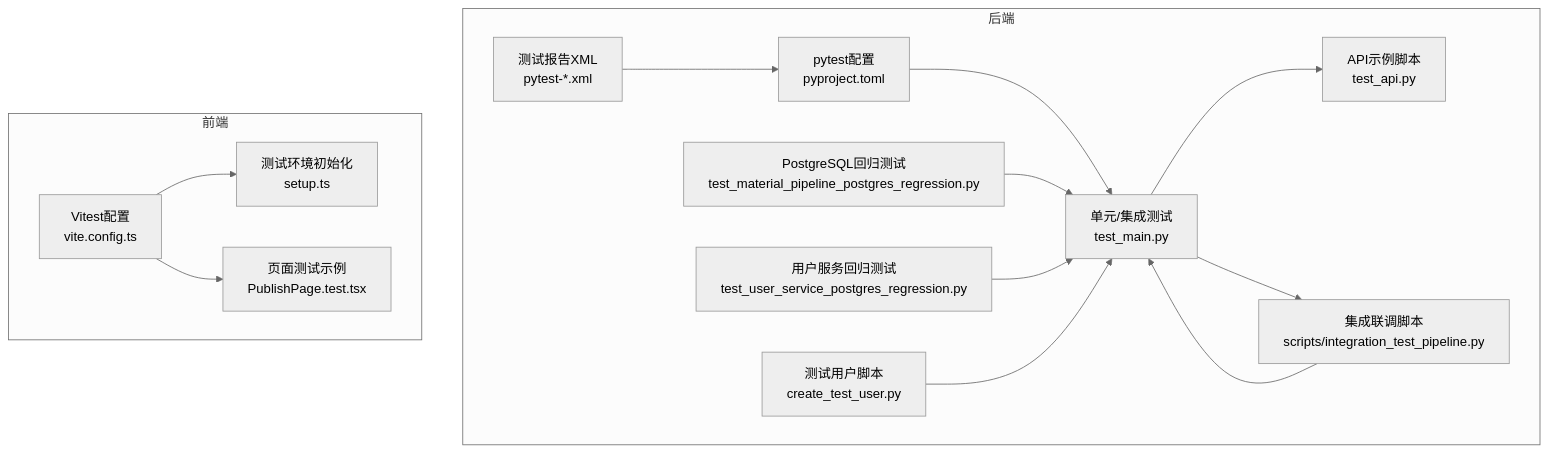
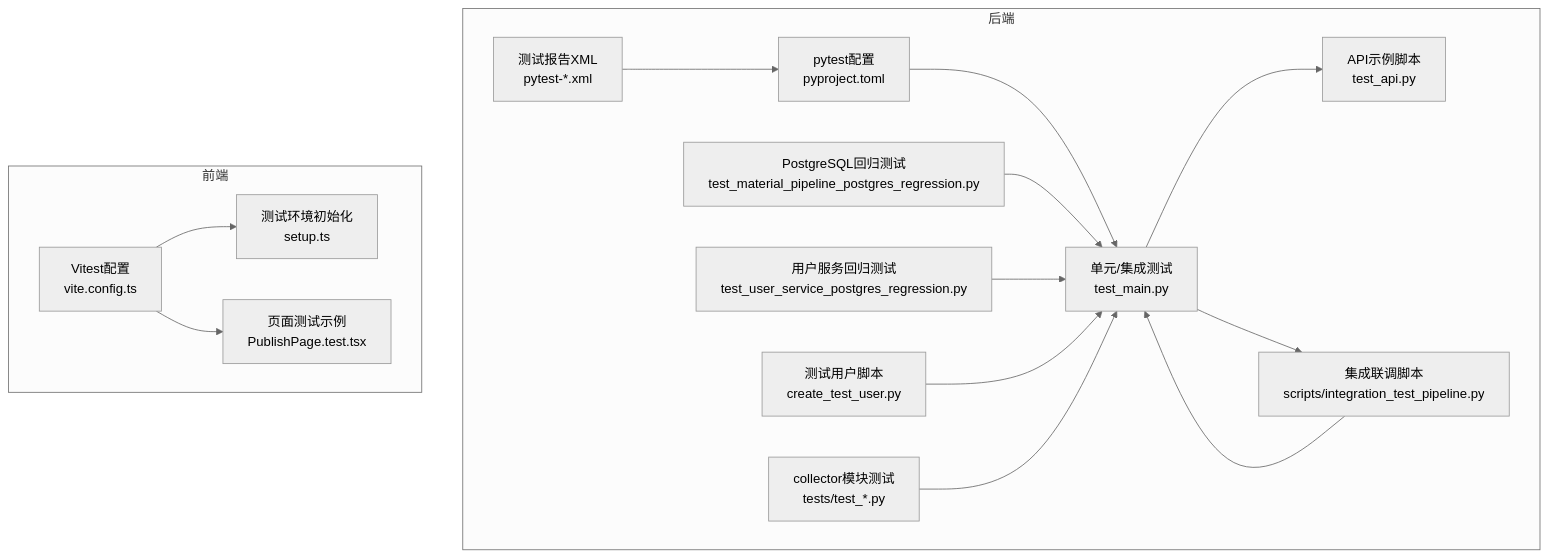
The first of 7 diagrams in .qoder/repowiki/zh/content/开发指南/测试策略.md (dream-ze/AI_huoke-), drawn with Mermaid (neutral theme) before and after one commit. The commit also changed other lines of this file and 52 other files, not shown here.

````diff
--- a/.qoder/repowiki/zh/content/开发指南/测试策略.md
+++ b/.qoder/repowiki/zh/content/开发指南/测试策略.md
@@ -41,28 +57,30 @@
 ```mermaid
 graph TB
 subgraph "后端"
 A["pytest配置<br/>pyproject.toml"]
 B["单元/集成测试<br/>test_main.py"]
 C["API示例脚本<br/>test_api.py"]
 D["PostgreSQL回归测试<br/>test_material_pipeline_postgres_regression.py"]
 E["用户服务回归测试<br/>test_user_service_postgres_regression.py"]
 F["集成联调脚本<br/>scripts/integration_test_pipeline.py"]
 G["测试用户脚本<br/>create_test_user.py"]
 H["测试报告XML<br/>pytest-*.xml"]
+I["collector模块测试<br/>tests/test_*.py"]
 end
 subgraph "前端"
-I["Vitest配置<br/>vite.config.ts"]
-J["测试环境初始化<br/>setup.ts"]
-K["页面测试示例<br/>PublishPage.test.tsx"]
+J["Vitest配置<br/>vite.config.ts"]
+K["测试环境初始化<br/>setup.ts"]
+L["页面测试示例<br/>PublishPage.test.tsx"]
 end
 A --> B
 B --> C
 B --> F
 D --> B
 E --> B
 F --> B
 G --> B
-I --> J
-I --> K
+I --> B
+J --> K
+J --> L
 H --> A
 ```
````
